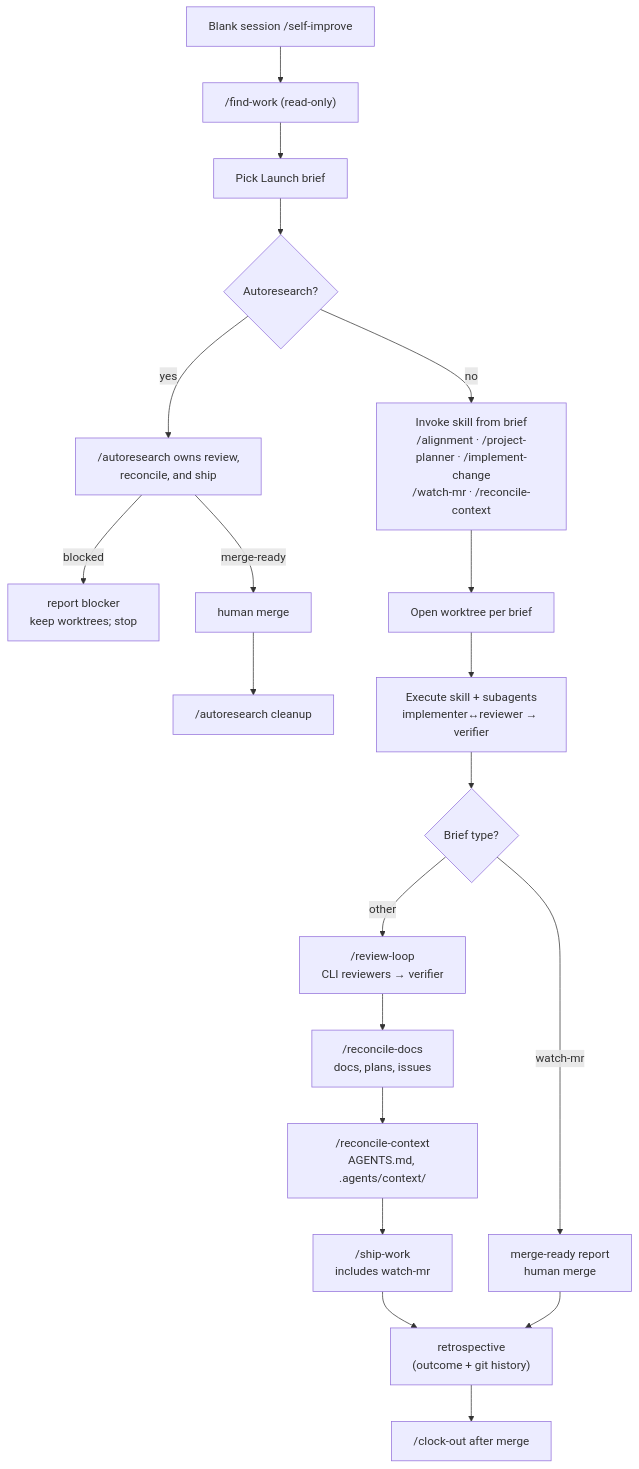
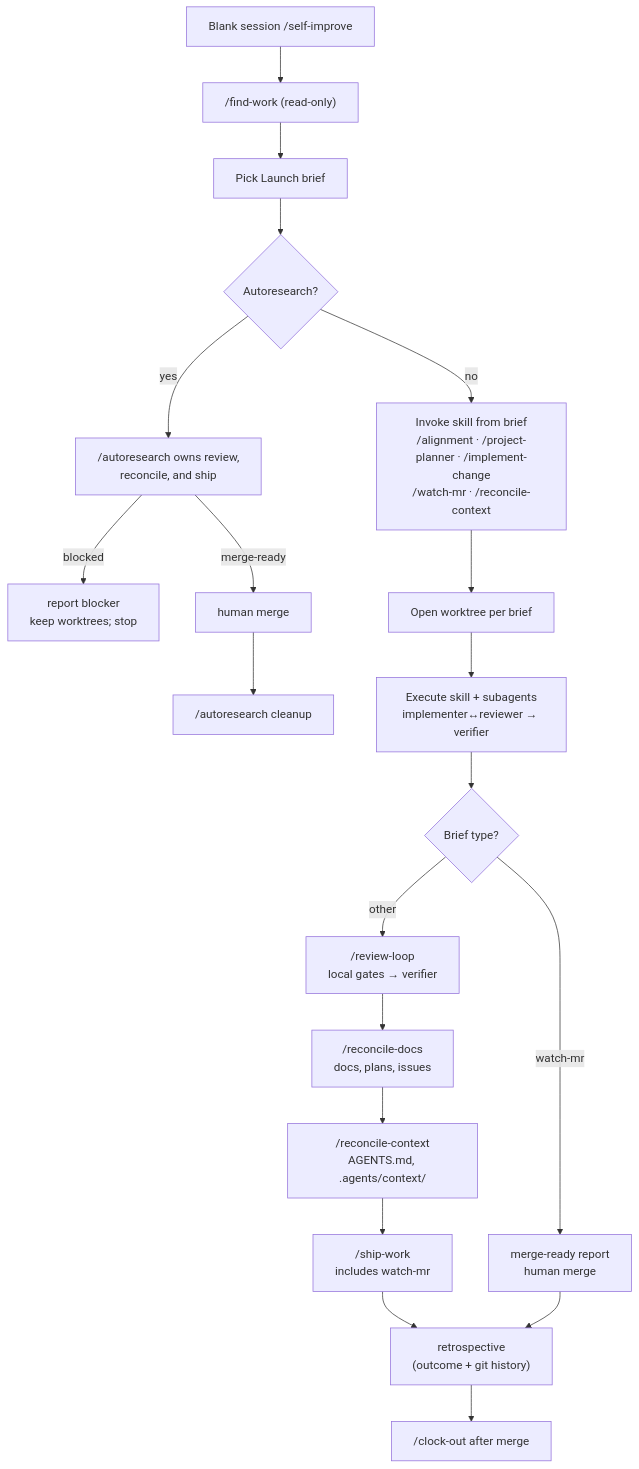
One commit to Apocrathia/homelab changed the diagram in .agents/skills/self-improve/SKILL.md. Above: the diagram before and after it, drawn with Mermaid. The commit also changed 32 other files, not shown here.

````diff
--- a/.agents/skills/self-improve/SKILL.md
+++ b/.agents/skills/self-improve/SKILL.md
@@ -36,23 +36,23 @@
 ```mermaid
 flowchart TD
   start[Blank session /self-improve]
   start --> findWork["/find-work (read-only)"]
   findWork --> pick[Pick Launch brief]
   pick --> setup{Autoresearch?}
   setup -->|yes| researchShip["/autoresearch owns review,<br/>reconcile, and ship"]
   researchShip -->|"blocked"| researchBlocked["report blocker<br/>keep worktrees; stop"]
   researchShip -->|"merge-ready"| researchMerge["human merge"]
   researchMerge --> researchCleanup["/autoresearch cleanup"]
   setup -->|no| invoke["Invoke skill from brief<br/>/alignment · /project-planner · /implement-change<br/>/watch-mr · /reconcile-context"]
   invoke --> worktree[Open worktree per brief]
   worktree --> build["Execute skill + subagents<br/>implementer↔reviewer → verifier"]
   build --> route{Brief type?}
   route -->|watch-mr| mergeReady["merge-ready report<br/>human merge"]
-  route -->|other| review["/review-loop<br/>CLI reviewers → verifier"]
+  route -->|other| review["/review-loop<br/>local gates → verifier"]
   review --> reconcileDocs["/reconcile-docs<br/>docs, plans, issues"]
   reconcileDocs --> reconcileCtx["/reconcile-context<br/>AGENTS.md, .agents/context/"]
   reconcileCtx --> ship["/ship-work<br/>includes watch-mr"]
   ship --> retro["retrospective<br/>(outcome + git history)"]
   mergeReady --> retro
   retro --> clockOut["/clock-out after merge"]
 ```
````
